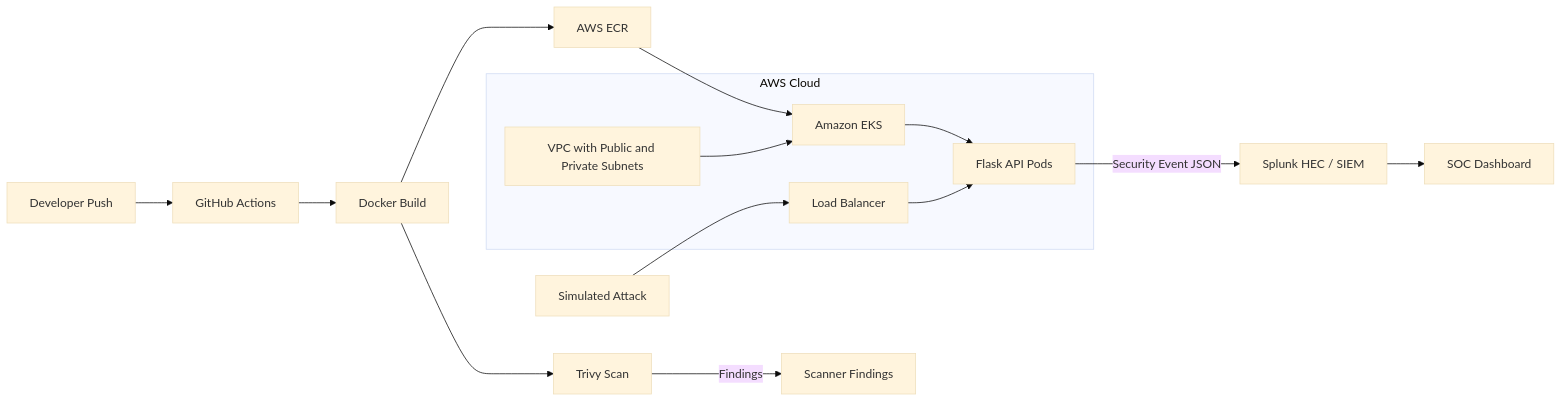
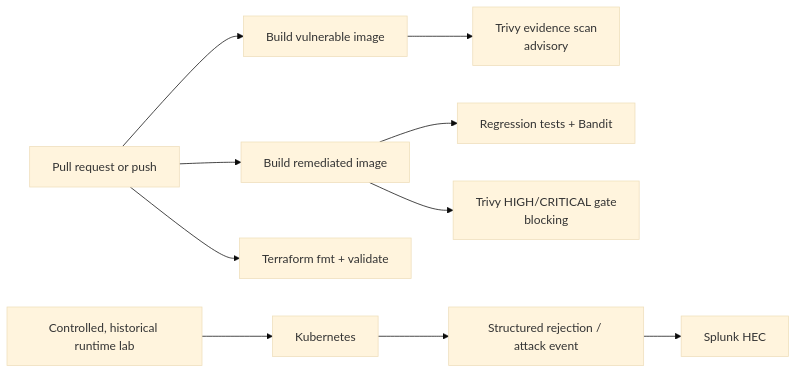
Before and after one commit to PeteAndrews1289/aws-devsecops-pipeline: the diagram in README.md, drawn with Mermaid (base theme). The commit also changed other lines of this file and 30 other files, not shown here.

First line of the commit message:
Add a blocking remediated DevSecOps path

````diff
--- a/README.md
+++ b/README.md
@@ -28,23 +16,15 @@
 ```mermaid
 flowchart LR
-    Dev[Developer Push] --> GHA[GitHub Actions]
-    GHA --> Build[Docker Build]
-    Build --> Trivy[Trivy Scan]
-    Trivy -->|Findings| Report[Scanner Findings]
-    Build --> ECR[AWS ECR]
+    Push[Pull request or push] --> Vuln[Build vulnerable image]
+    Vuln --> Advisory[Trivy evidence scan<br/>advisory]
 
-    subgraph AWS[AWS Cloud]
-        VPC[VPC with Public and Private Subnets]
-        EKS[Amazon EKS]
-        Pod[Flask API Pods]
-        ALB[Load Balancer]
-    end
+    Push --> Fixed[Build remediated image]
+    Fixed --> Tests[Regression tests + Bandit]
+    Fixed --> Blocking[Trivy HIGH/CRITICAL gate<br/>blocking]
 
-    ECR --> EKS
-    VPC --> EKS
-    EKS --> Pod
-    ALB --> Pod
-    Attacker[Simulated Attack] --> ALB
-    Pod -->|Security Event JSON| Splunk[Splunk HEC / SIEM]
-    Splunk --> Dashboard[SOC Dashboard]
+    Push --> IaC[Terraform fmt + validate]
+
+    Historical[Controlled, historical runtime lab] --> K8s[Kubernetes]
+    K8s --> Event[Structured rejection / attack event]
+    Event --> Splunk[Splunk HEC]
 ```
````
